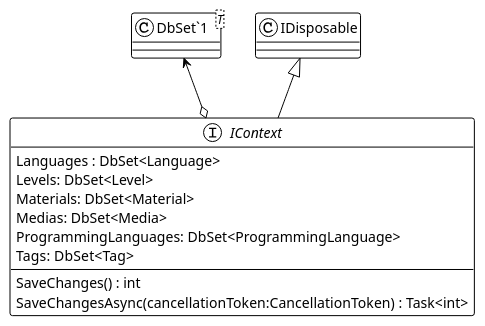
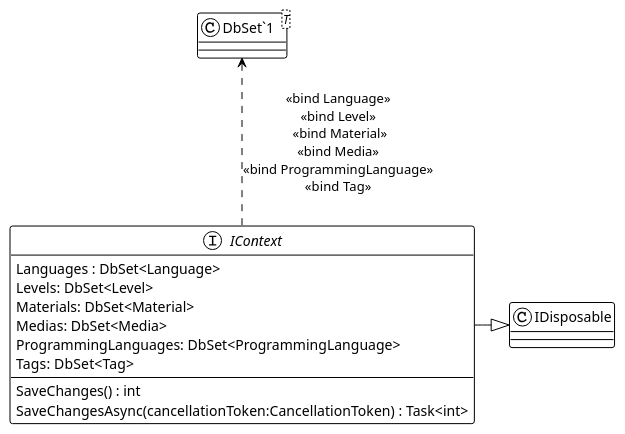
One commit to ahja-itu/BDSA2021-FinalProject changed the diagram in Documentation/UML/CollectedPumls/IContext.puml. Above: the diagram before and after it, drawn with PlantUML. The commit also changed 21 other files, not shown here.

Commit message:
Update diagrams

```diff
--- a/Documentation/UML/CollectedPumls/IContext.puml
+++ b/Documentation/UML/CollectedPumls/IContext.puml
@@ -1,17 +1,17 @@
 @startuml
 !theme plain
 interface IContext {
     SaveChanges() : int
     SaveChangesAsync(cancellationToken:CancellationToken) : Task<int>
 Languages : DbSet<Language>
 Levels: DbSet<Level>
 Materials: DbSet<Material>
 Medias: DbSet<Media>
 ProgrammingLanguages: DbSet<ProgrammingLanguage>
 Tags: DbSet<Tag>
 }
 class "DbSet`1"<T> {
 }
-IDisposable <|-- IContext
-"DbSet`1" <-d-o IContext
+IDisposable <|-l- IContext
+"DbSet`1" <.. IContext : <<bind Language>>\n<<bind Level>>\n <<bind Material>>\n<<bind Media>>\n<<bind ProgrammingLanguage>>\n<<bind Tag>>
 @enduml
```
